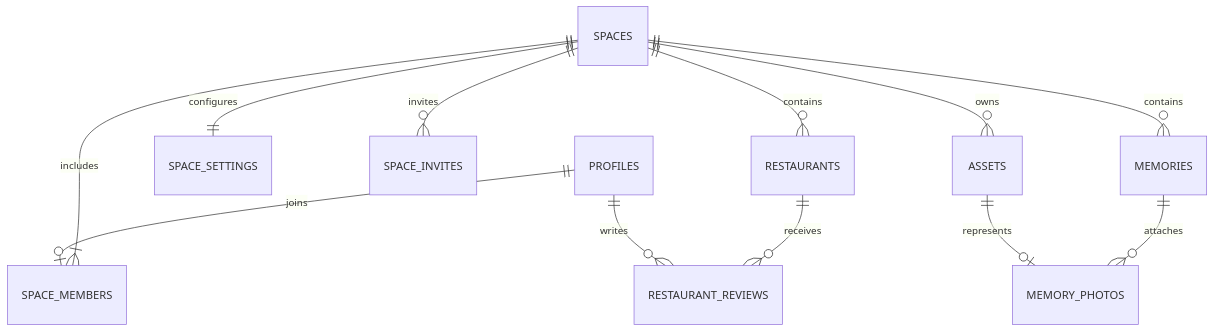
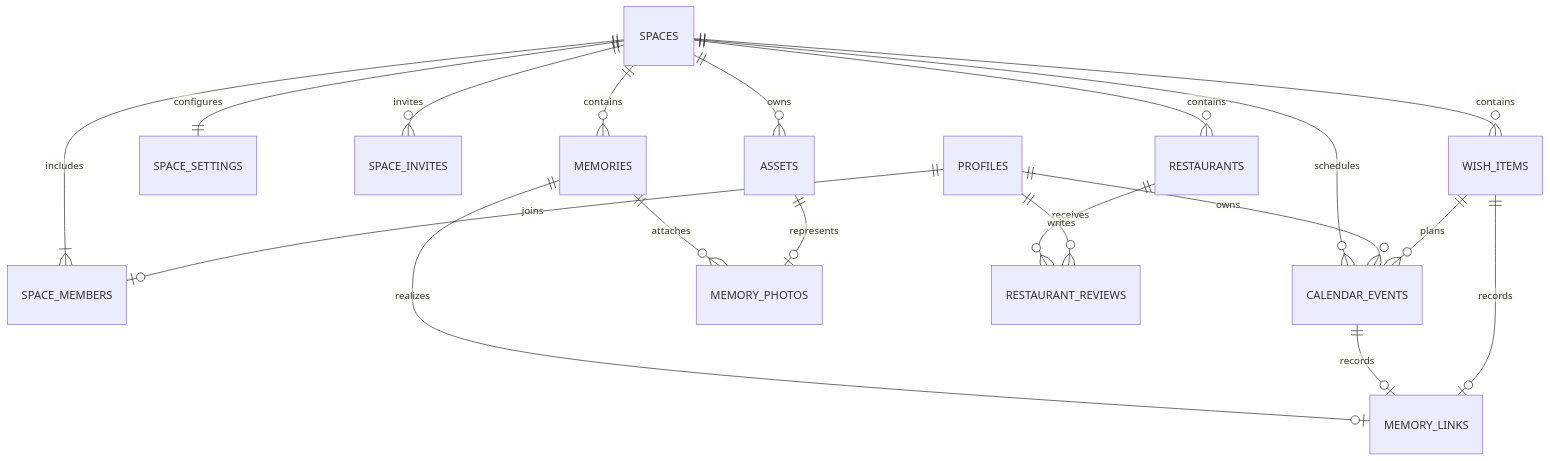
The third of 3 diagrams in DESIGN.md (KimSeungCheol4589/girlfriend), drawn with Mermaid before and after one commit. The commit also changed other lines of this file and 3 other files, not shown here.

Commit message:
docs: design shared wishes calendar and date records

````diff
--- a/DESIGN.md
+++ b/DESIGN.md
@@ -132,14 +140,21 @@
 ```mermaid
 erDiagram
     SPACES ||--|{ SPACE_MEMBERS : includes
     PROFILES ||--o| SPACE_MEMBERS : joins
     SPACES ||--|| SPACE_SETTINGS : configures
     SPACES ||--o{ SPACE_INVITES : invites
     SPACES ||--o{ MEMORIES : contains
     SPACES ||--o{ RESTAURANTS : contains
+    SPACES ||--o{ WISH_ITEMS : contains
+    SPACES ||--o{ CALENDAR_EVENTS : schedules
     SPACES ||--o{ ASSETS : owns
     MEMORIES ||--o{ MEMORY_PHOTOS : attaches
     ASSETS ||--o| MEMORY_PHOTOS : represents
     RESTAURANTS ||--o{ RESTAURANT_REVIEWS : receives
     PROFILES ||--o{ RESTAURANT_REVIEWS : writes
+    PROFILES ||--o{ CALENDAR_EVENTS : owns
+    WISH_ITEMS ||--o{ CALENDAR_EVENTS : plans
+    MEMORIES ||--o| MEMORY_LINKS : realizes
+    CALENDAR_EVENTS ||--o| MEMORY_LINKS : records
+    WISH_ITEMS ||--o| MEMORY_LINKS : records
 ```
````
